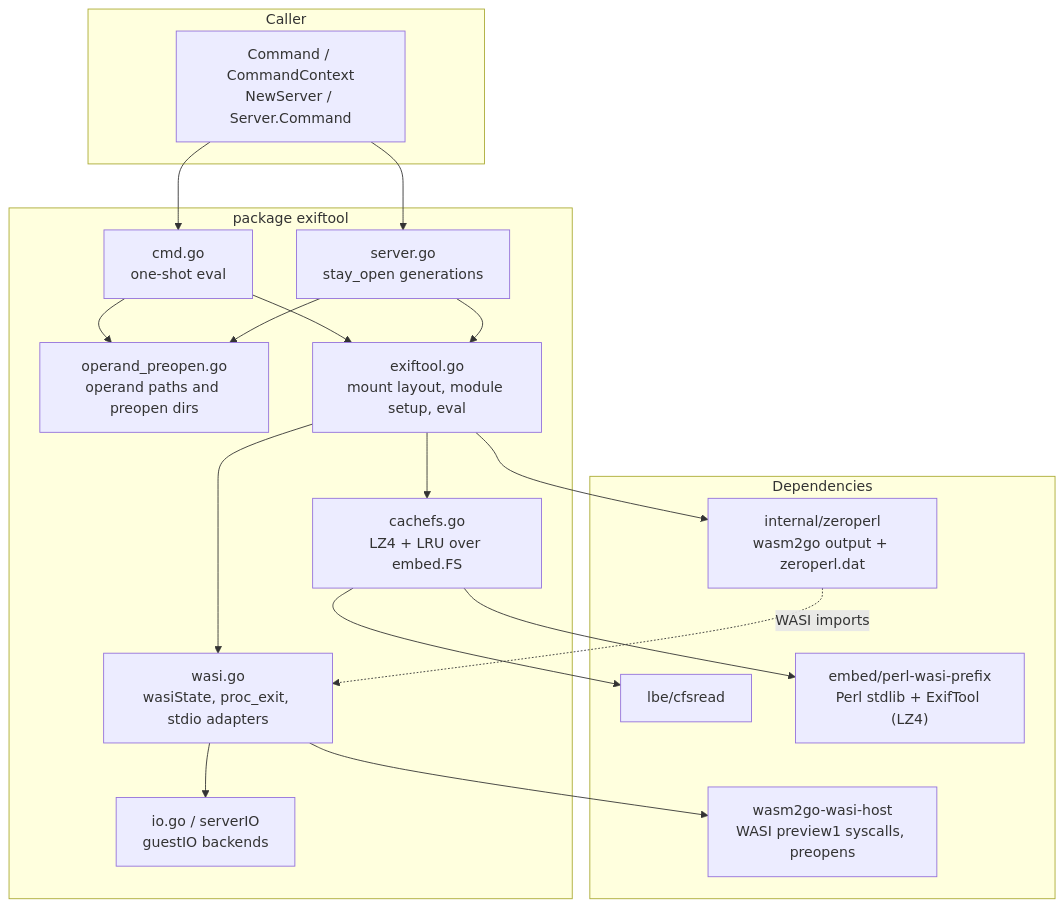
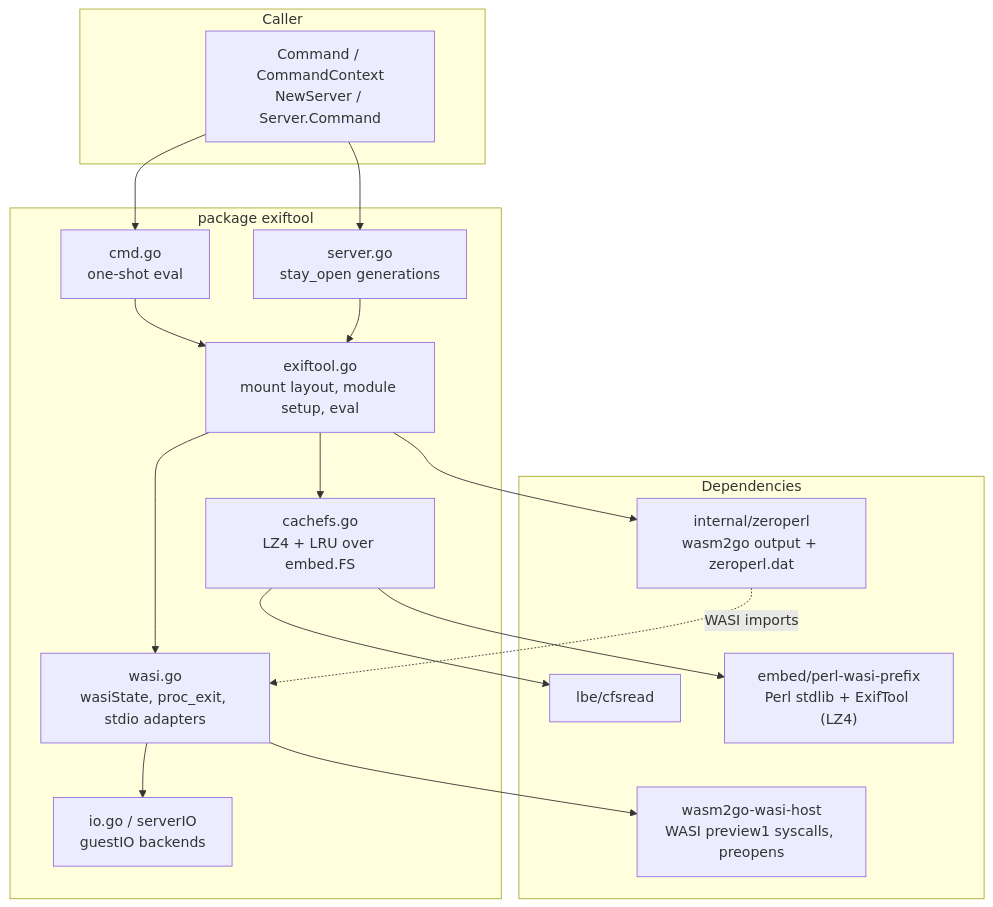
The first of 6 diagrams in ARCHITECTURE.md (lbe/go-exiftool-wasm), drawn with Mermaid before and after one commit. The commit also changed other lines of this file and 29 other files, not shown here.

````diff
--- a/ARCHITECTURE.md
+++ b/ARCHITECTURE.md
@@ -20,36 +20,33 @@
 ```mermaid
 flowchart TB
   subgraph caller [Caller]
     API["Command / CommandContext<br/>NewServer / Server.Command"]
   end
   subgraph pkg [package exiftool]
     CMD["cmd.go<br/>one-shot eval"]
     SRV["server.go<br/>stay_open generations"]
-    OPS["operand_preopen.go<br/>operand paths and preopen dirs"]
     MODCFG["exiftool.go<br/>mount layout, module setup, eval"]
     WASI["wasi.go<br/>wasiState, proc_exit, stdio adapters"]
     IO["io.go / serverIO<br/>guestIO backends"]
     CFS["cachefs.go<br/>LZ4 + LRU over embed.FS"]
   end
   subgraph deps [Dependencies]
     ZP["internal/zeroperl<br/>wasm2go output + zeroperl.dat"]
     HOST["wasm2go-wasi-host<br/>WASI preview1 syscalls, preopens"]
     CFSR["lbe/cfsread"]
     EMB["embed/perl-wasi-prefix<br/>Perl stdlib + ExifTool (LZ4)"]
   end
 
   API --> CMD
   API --> SRV
-  CMD --> OPS
-  SRV --> OPS
   CMD --> MODCFG
   SRV --> MODCFG
   MODCFG --> WASI
   MODCFG --> CFS
   WASI --> IO
   WASI --> HOST
   MODCFG --> ZP
   CFS --> CFSR
   CFS --> EMB
   ZP -. "WASI imports" .-> WASI
 ```
````
